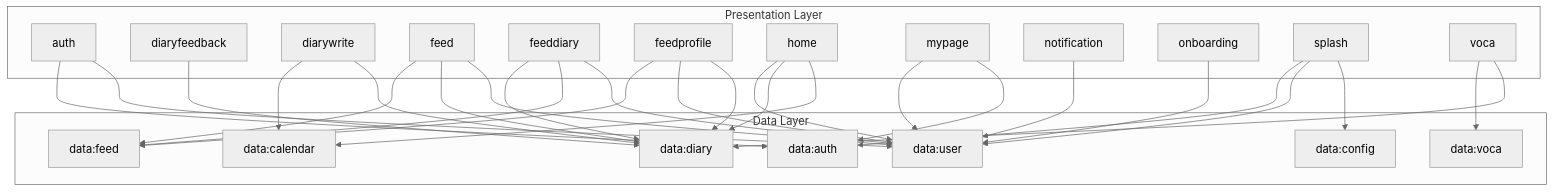
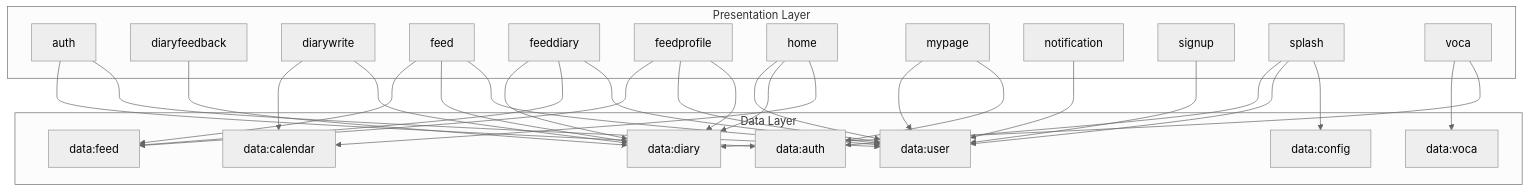
One commit to Hi-lingual/Hilingual-Android changed the second of 4 diagrams in README.md. Above: the diagram before and after it, drawn with Mermaid (neutral theme). The commit also changed 18 other files, not shown here.

Commit message:
[REF/#679] onboarding > signup 네이밍 수정 (#680)

````diff
--- a/README.md
+++ b/README.md
@@ -56,54 +56,54 @@
 ```mermaid
 graph TD
     subgraph Presentation Layer
         auth["auth"]
         diaryfeedback["diaryfeedback"]
         diarywrite["diarywrite"]
         feed["feed"]
         feeddiary["feeddiary"]
         feedprofile["feedprofile"]
         home["home"]
         mypage["mypage"]
         notification["notification"]
-        onboarding["onboarding"]
+        signup["signup"]
         splash["splash"]
         voca["voca"]
     end
 
     subgraph Data Layer
         data_auth["data:auth"]
         data_calendar["data:calendar"]
         data_config["data:config"]
         data_diary["data:diary"]
         data_feed["data:feed"]
         data_user["data:user"]
         data_voca["data:voca"]
     end
 
     auth --> data_auth
     auth --> data_user
     diaryfeedback --> data_diary
     diarywrite --> data_calendar
     diarywrite --> data_diary
     feed --> data_feed
     feed --> data_diary
     feed --> data_user
     feeddiary --> data_diary
     feeddiary --> data_feed
     feeddiary --> data_user
     feedprofile --> data_feed
     feedprofile --> data_user
     feedprofile --> data_diary
     home --> data_user
     home --> data_diary
     home --> data_calendar
     mypage --> data_user
     mypage --> data_auth
     notification --> data_user
-    onboarding --> data_user
+    signup --> data_user
     splash --> data_auth
     splash --> data_user
     splash --> data_config
     voca --> data_voca
     voca --> data_diary
 ```
````
